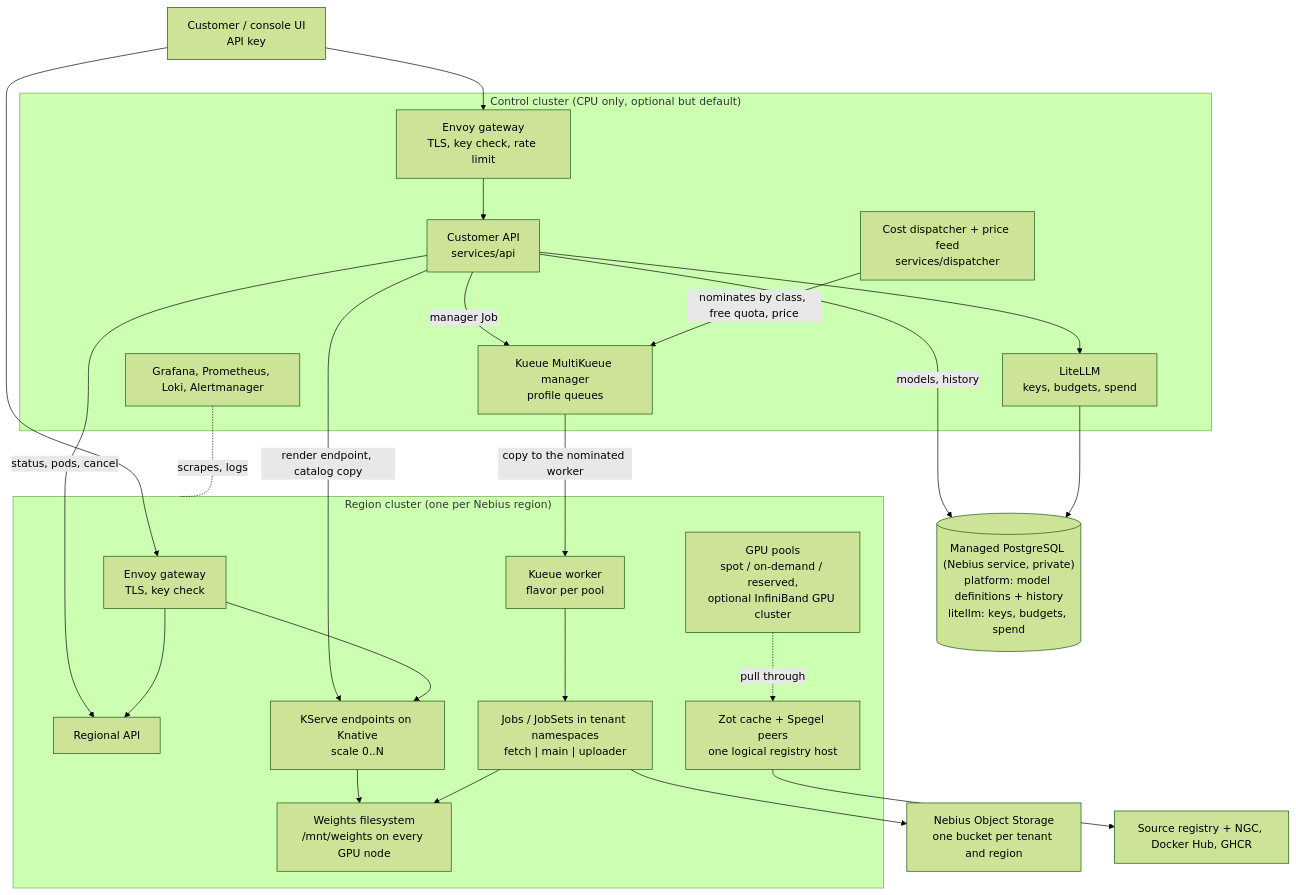
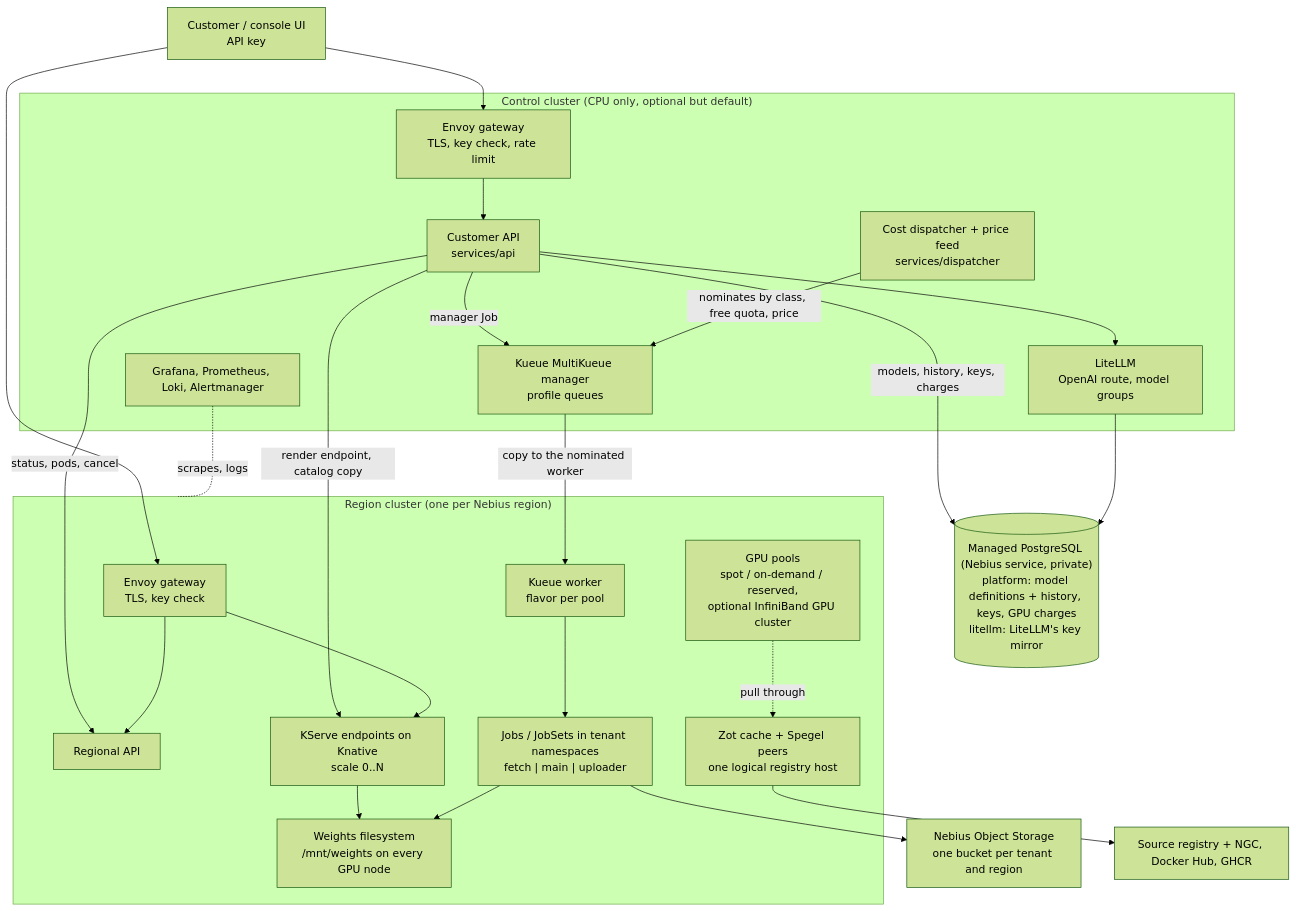
The first of 3 diagrams in k8s-inference/docs/ARCHITECTURE.md (nebius/nebius-solutions-library), drawn with Mermaid (forest theme) before and after one commit. The commit also changed other lines of this file and 9 other files, not shown here.

First line of the commit message:
Docs: keys in the fleet database, the router key, accounting split by entry point

````diff
--- a/k8s-inference/docs/ARCHITECTURE.md
+++ b/k8s-inference/docs/ARCHITECTURE.md
@@ -7,48 +7,48 @@
 ```mermaid
 flowchart TB
     client["Customer / console UI<br/>API key"]
 
     subgraph control["Control cluster (CPU only, optional but default)"]
         gwc["Envoy gateway<br/>TLS, key check, rate limit"]
         api["Customer API<br/>services/api"]
-        litellm["LiteLLM<br/>keys, budgets, spend"]
+        litellm["LiteLLM<br/>OpenAI route, model groups"]
         kueuem["Kueue MultiKueue manager<br/>profile queues"]
         disp["Cost dispatcher + price feed<br/>services/dispatcher"]
         obs["Grafana, Prometheus, Loki, Alertmanager"]
     end
 
     subgraph region["Region cluster (one per Nebius region)"]
         gw["Envoy gateway<br/>TLS, key check"]
         rapi["Regional API"]
         ep["KServe endpoints on Knative<br/>scale 0..N"]
         kueuew["Kueue worker<br/>flavor per pool"]
         jobs["Jobs / JobSets in tenant namespaces<br/>fetch | main | uploader"]
         cache["Zot cache + Spegel peers<br/>one logical registry host"]
         fs["Weights filesystem<br/>/mnt/weights on every GPU node"]
         pools["GPU pools<br/>spot / on-demand / reserved,<br/>optional InfiniBand GPU cluster"]
     end
 
-    db[("Managed PostgreSQL (Nebius service, private)<br/>platform: model definitions + history<br/>litellm: keys, budgets, spend")]
+    db[("Managed PostgreSQL (Nebius service, private)<br/>platform: model definitions + history, keys, GPU charges<br/>litellm: LiteLLM's key mirror")]
     s3["Nebius Object Storage<br/>one bucket per tenant and region"]
     reg["Source registry + NGC, Docker Hub, GHCR"]
 
     client --> gwc --> api
     client --> gw
     api --> litellm
-    api -- "models, history" --> db
+    api -- "models, history, keys, charges" --> db
     litellm --> db
     api -- "render endpoint, catalog copy" --> ep
     api -- "manager Job" --> kueuem
     kueuem -- "copy to the nominated worker" --> kueuew
     disp -- "nominates by class, free quota, price" --> kueuem
     api -- "status, pods, cancel" --> rapi
     gw --> ep
     gw --> rapi
     kueuew --> jobs
     jobs --> s3
     ep --> fs
     jobs --> fs
     cache --> reg
     pools -. "pull through" .-> cache
     obs -. "scrapes, logs" .- region
 ```
````
